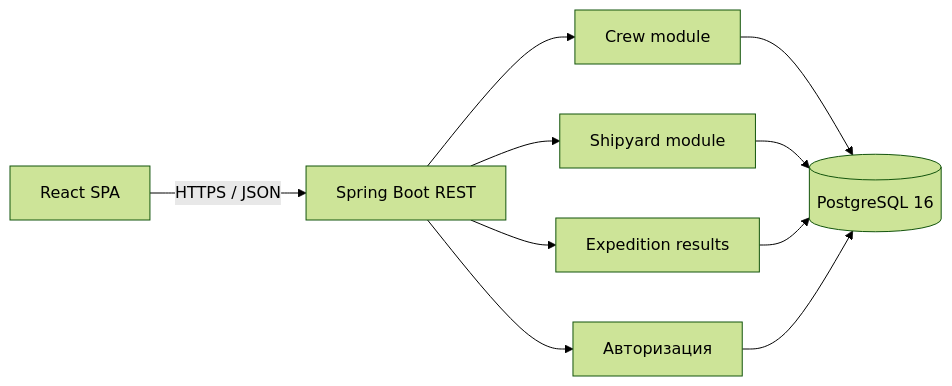
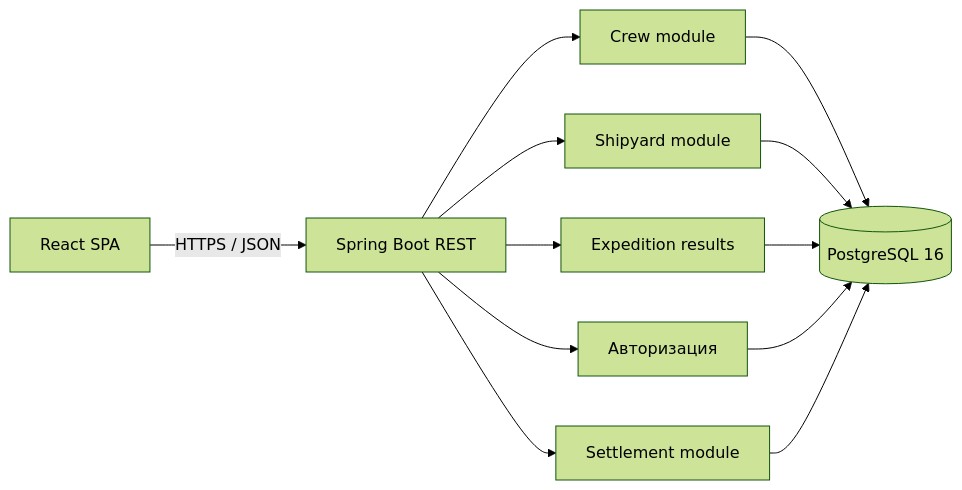
The first of 4 diagrams in soft/docs/Software Architecture Document.md (otto15/itmo-mpi), drawn with Mermaid (forest theme) before and after one commit. The commit also changed other lines of this file and 26 other files, not shown here.

````diff
--- a/soft/docs/Software Architecture Document.md
+++ b/soft/docs/Software Architecture Document.md
@@ -22,12 +23,14 @@
 ```mermaid
 flowchart LR
     Browser[React SPA] -->|HTTPS / JSON| API[Spring Boot REST]
     API --> Auth[Авторизация]
+    API --> Settlements[Settlement module]
     API --> Crew[Crew module]
     API --> Shipyard[Shipyard module]
     API --> Results[Expedition results]
     Crew --> DB[(PostgreSQL 16)]
     Shipyard --> DB
     Results --> DB
     Auth --> DB
+    Settlements --> DB
 ```
````
